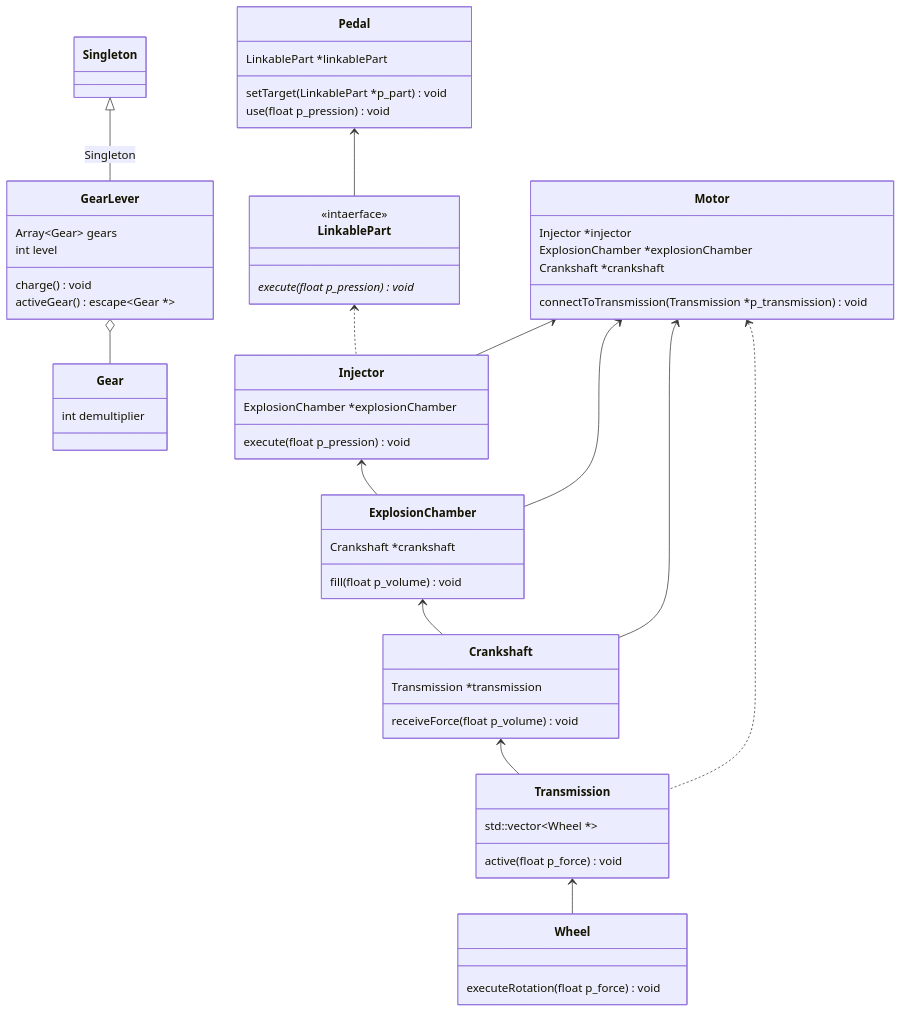
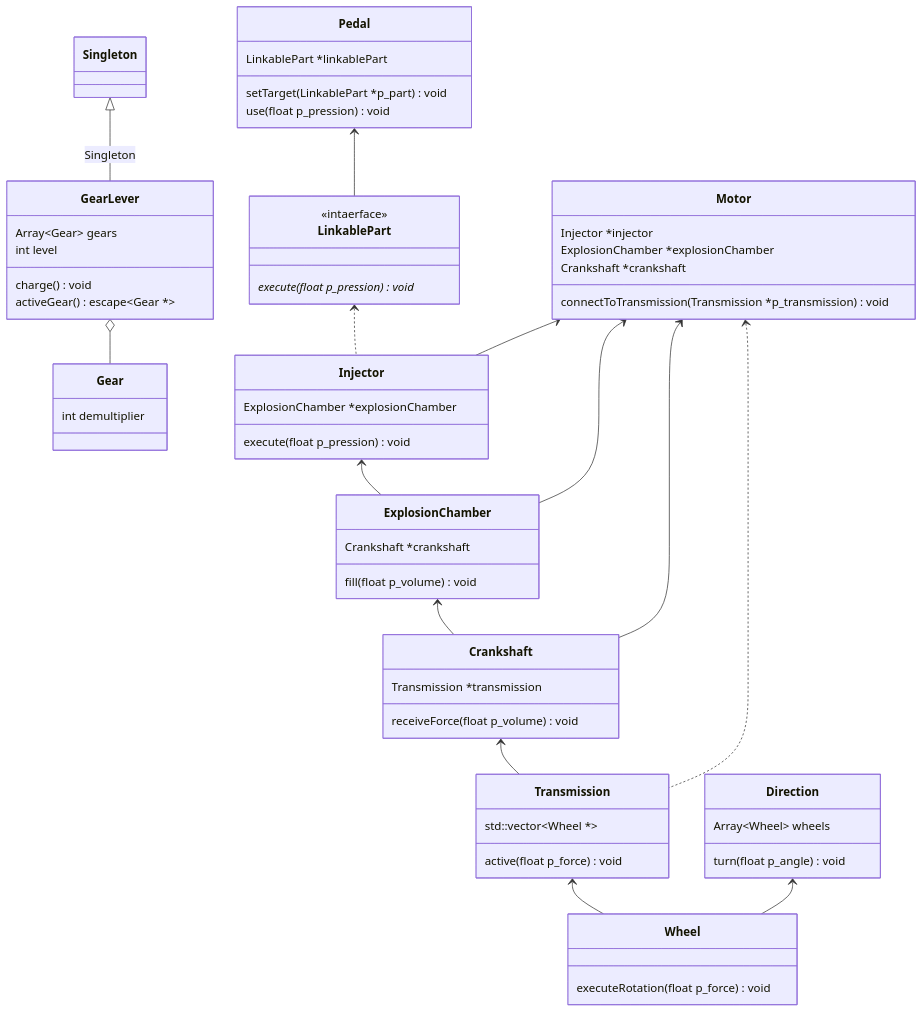
Before and after one commit to PalmNeko/piscine-object02-UML: the diagram in subject.md, drawn with Mermaid.

Commit message:
add: Direction

````diff
--- a/subject.md
+++ b/subject.md
@@ -20,6 +20,8 @@
     Motor <.. Transmission
 
     Pedal <-- LinkablePart
+
+    Direction <-- Wheel
 
     class LinkablePart {
         <<intaerface>>
@@ -77,4 +79,9 @@
         setTarget(LinkablePart *p_part) void
         use(float p_pression) void
     }
+
+    class Direction {
+        Array~Wheel~ wheels
+        turn(float p_angle) void
+    }
 ```
````
